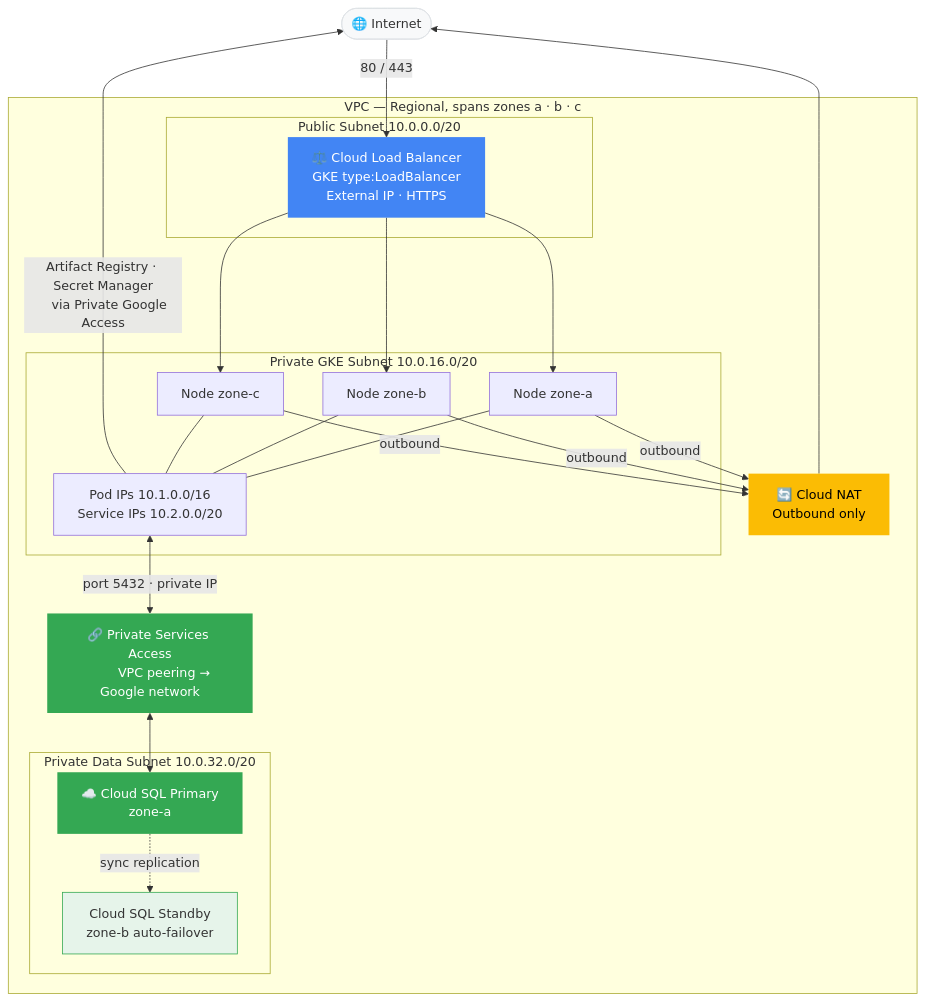
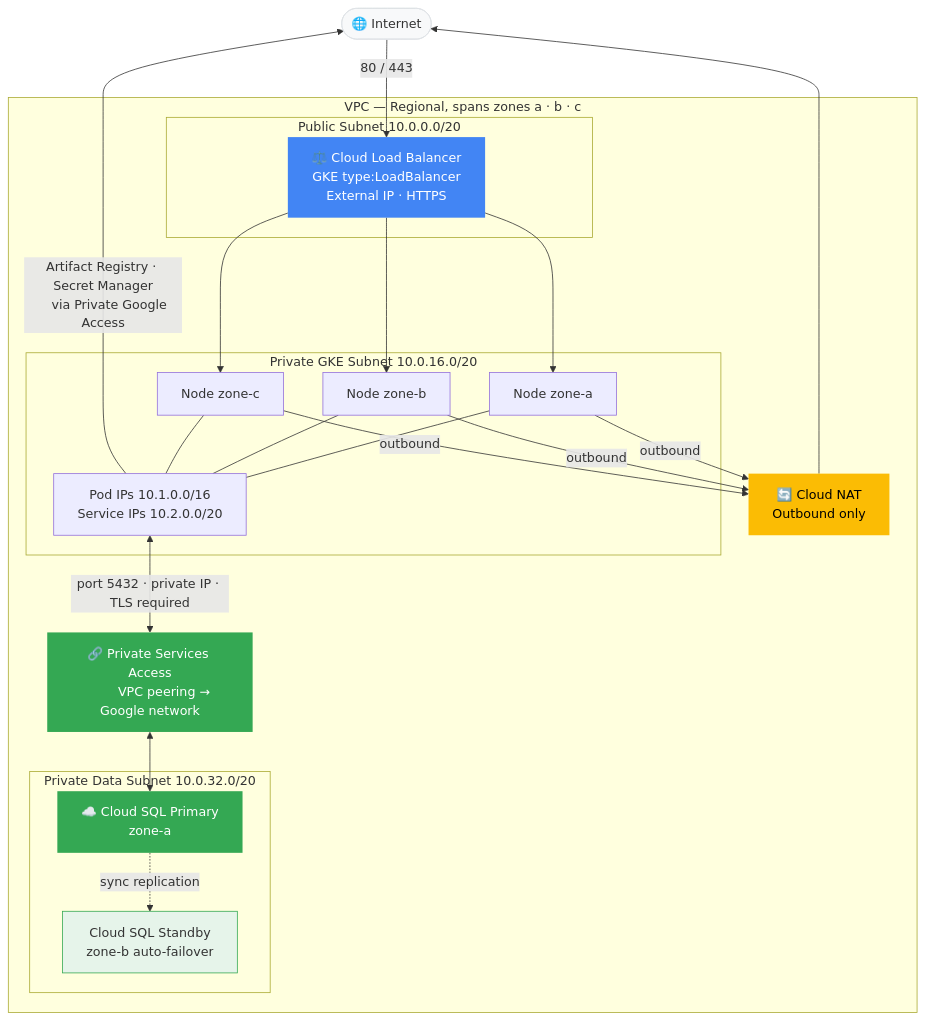
Before and after one commit to arpeetk/t-labs: the third of 5 diagrams in README.md, drawn with Mermaid. The commit also changed other lines of this file, not shown here.

First line of the commit message:
docs: rewrite README to reflect current architecture and CI/CD model

````diff
--- a/README.md
+++ b/README.md
@@ -97,47 +106,47 @@
 ```mermaid
 graph TD
     INTERNET(["🌐 Internet"])
 
     subgraph VPC["VPC — Regional, spans zones a · b · c"]
 
         subgraph PUB["Public Subnet  10.0.0.0/20"]
             LB["⚖️ Cloud Load Balancer
             GKE type:LoadBalancer
             External IP · HTTPS"]
         end
 
         subgraph GKE_NET["Private GKE Subnet  10.0.16.0/20"]
             NA["Node zone-a"] & NB["Node zone-b"] & NC["Node zone-c"]
             PODS["Pod IPs  10.1.0.0/16
             Service IPs  10.2.0.0/20"]
         end
 
         subgraph DATA["Private Data Subnet  10.0.32.0/20"]
             PG["☁️ Cloud SQL Primary
             zone-a"]
             PGST["Cloud SQL Standby
             zone-b  auto-failover"]
         end
 
         NAT["🔄 Cloud NAT
         Outbound only"]
         PSA["🔗 Private Services Access
         VPC peering → Google network"]
     end
 
     INTERNET -->|"80 / 443"| LB
     LB --> NA & NB & NC
     NA & NB & NC --- PODS
     NA & NB & NC -->|"outbound"| NAT --> INTERNET
-    PODS <-->|"port 5432 · private IP"| PSA <--> PG
+    PODS <-->|"port 5432 · private IP · TLS required"| PSA <--> PG
     PG -.->|"sync replication"| PGST
     PODS -->|"Artifact Registry · Secret Manager
     via Private Google Access"| INTERNET
 
     style INTERNET fill:#f8f9fa,stroke:#dee2e6
     style LB   fill:#4285F4,color:#fff,stroke:none
     style NAT  fill:#fbbc04,color:#000,stroke:none
     style PSA  fill:#34a853,color:#fff,stroke:none
     style PG   fill:#34a853,color:#fff,stroke:none
     style PGST fill:#e6f4ea,stroke:#34a853
 ```
````
